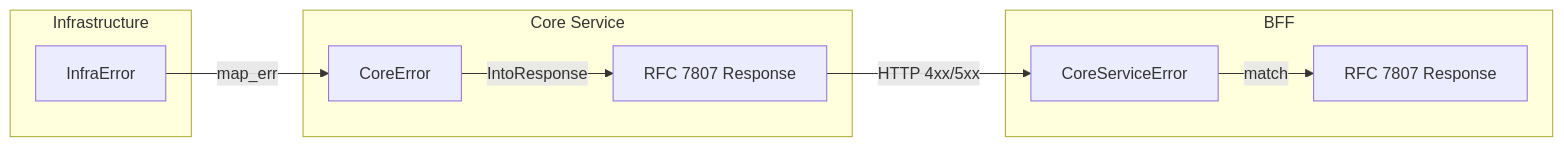
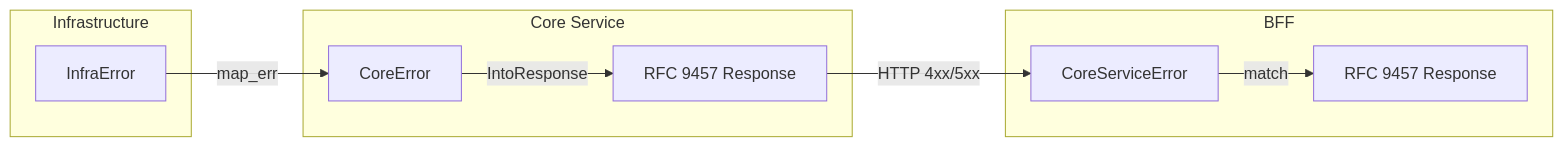
One commit to ka2kama/ringiflow changed the sixth of 6 diagrams in docs/07_実装解説/04_ワークフロー申請機能/07_全体フロー.md. Above: the diagram before and after it, drawn with Mermaid. The commit also changed other lines of this file and 23 other files, not shown here.

````diff
--- a/docs/07_実装解説/04_ワークフロー申請機能/07_全体フロー.md
+++ b/docs/07_実装解説/04_ワークフロー申請機能/07_全体フロー.md
@@ -322,21 +322,21 @@
 ```mermaid
 flowchart LR
     subgraph Infra ["Infrastructure"]
         InfraErr["InfraError"]
     end
 
     subgraph Core ["Core Service"]
         CoreErr["CoreError"]
-        CoreResp["RFC 7807 Response"]
+        CoreResp["RFC 9457 Response"]
     end
 
     subgraph BFF ["BFF"]
         ClientErr["CoreServiceError"]
-        BFFResp["RFC 7807 Response"]
+        BFFResp["RFC 9457 Response"]
     end
 
     InfraErr -->|"map_err"| CoreErr
     CoreErr -->|"IntoResponse"| CoreResp
     CoreResp -->|"HTTP 4xx/5xx"| ClientErr
     ClientErr -->|"match"| BFFResp
 ```
````
